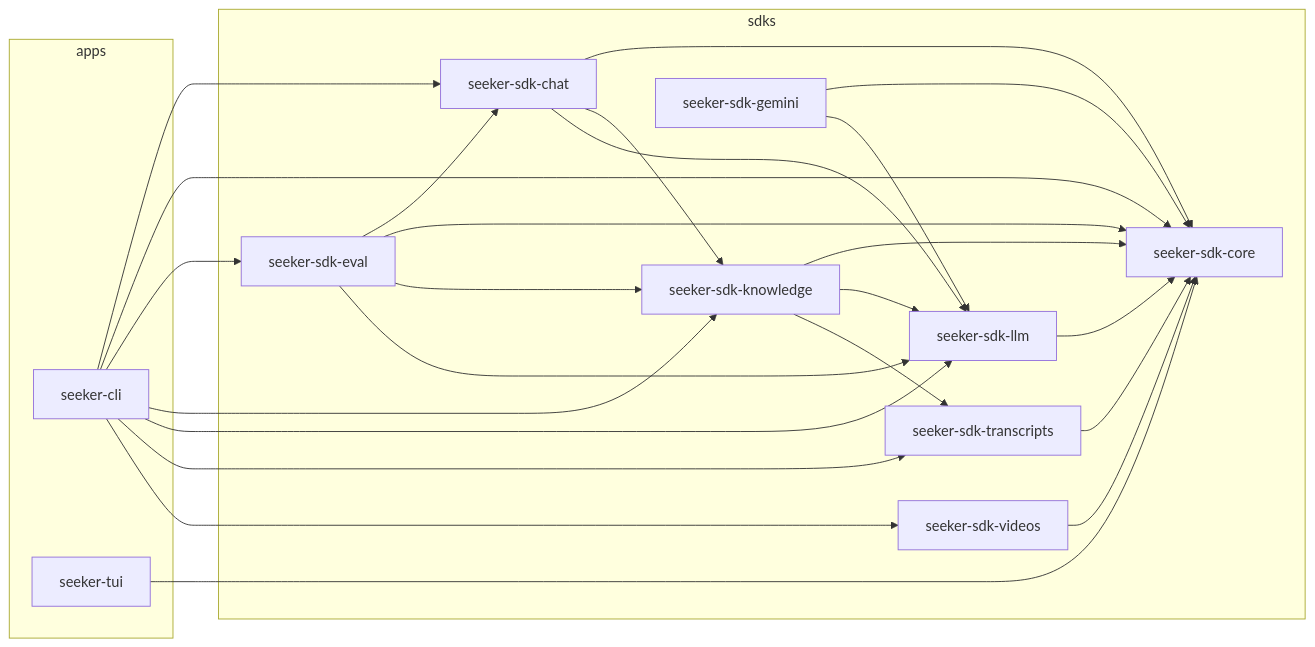
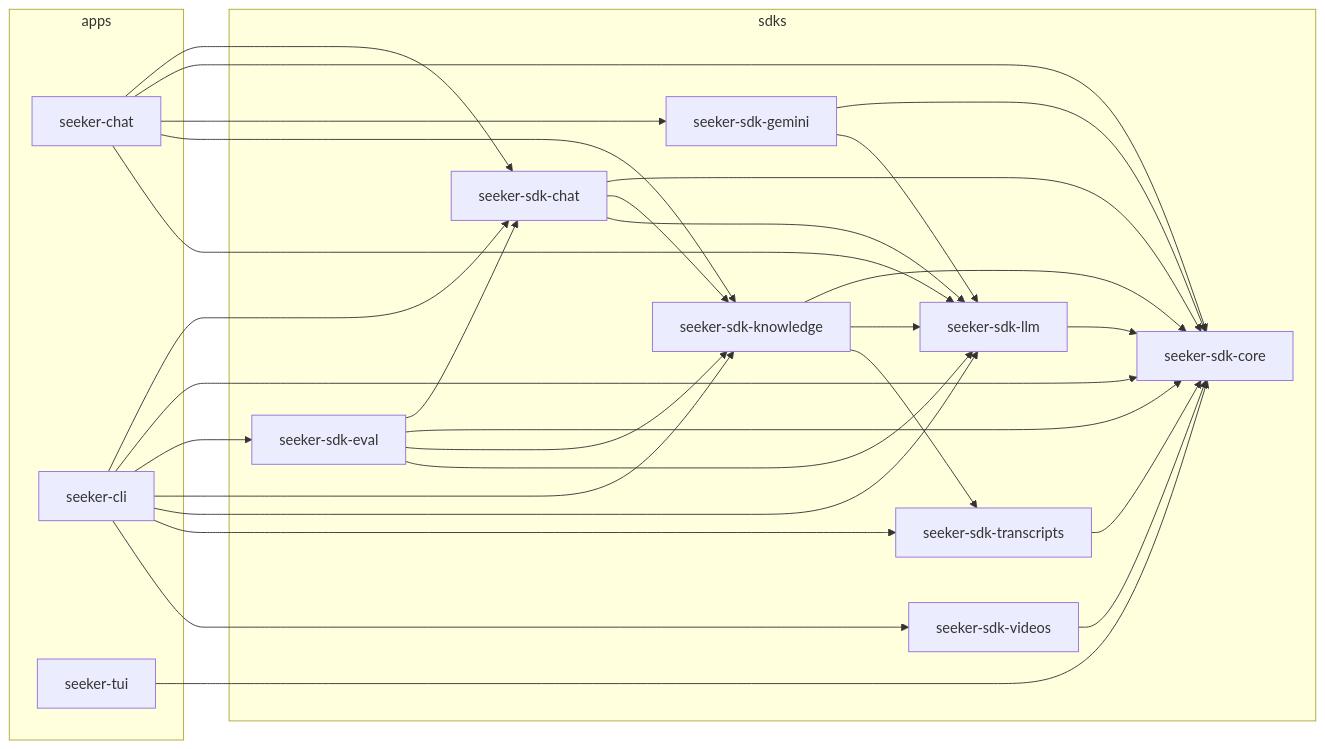
One commit to kbhatiya999/adam-seeker-metadata changed the diagram in docs/architecture.md. Above: the diagram before and after it, drawn with Mermaid. The commit also changed other lines of this file and 20 other files, not shown here.

First line of the commit message:
Chainlit chat app with bring-your-own Gemini key; workflows install only the CLI (#360)

````diff
--- a/docs/architecture.md
+++ b/docs/architecture.md
@@ -111,40 +113,46 @@
 ```mermaid
 graph LR
   subgraph sdks
     sdk_core["seeker-sdk-core"]
     sdk_llm["seeker-sdk-llm"]
     sdk_transcripts["seeker-sdk-transcripts"]
     sdk_knowledge["seeker-sdk-knowledge"]
     sdk_chat["seeker-sdk-chat"]
+    sdk_gemini["seeker-sdk-gemini"]
     sdk_eval["seeker-sdk-eval"]
     sdk_videos["seeker-sdk-videos"]
-    sdk_gemini["seeker-sdk-gemini"]
   end
   subgraph apps
+    app_chat["seeker-chat"]
     app_cli["seeker-cli"]
     app_tui["seeker-tui"]
   end
   sdk_llm --> sdk_core
   sdk_transcripts --> sdk_core
   sdk_knowledge --> sdk_core
   sdk_knowledge --> sdk_llm
   sdk_knowledge --> sdk_transcripts
   sdk_chat --> sdk_core
   sdk_chat --> sdk_knowledge
   sdk_chat --> sdk_llm
+  sdk_gemini --> sdk_core
+  sdk_gemini --> sdk_llm
+  app_chat --> sdk_chat
+  app_chat --> sdk_core
+  app_chat --> sdk_gemini
+  app_chat --> sdk_knowledge
+  app_chat --> sdk_llm
   sdk_eval --> sdk_chat
   sdk_eval --> sdk_core
   sdk_eval --> sdk_knowledge
   sdk_eval --> sdk_llm
   sdk_videos --> sdk_core
   app_cli --> sdk_chat
   app_cli --> sdk_core
   app_cli --> sdk_eval
   app_cli --> sdk_knowledge
   app_cli --> sdk_llm
   app_cli --> sdk_transcripts
   app_cli --> sdk_videos
-  sdk_gemini --> sdk_core
-  sdk_gemini --> sdk_llm
   app_tui --> sdk_core
 ```
````
